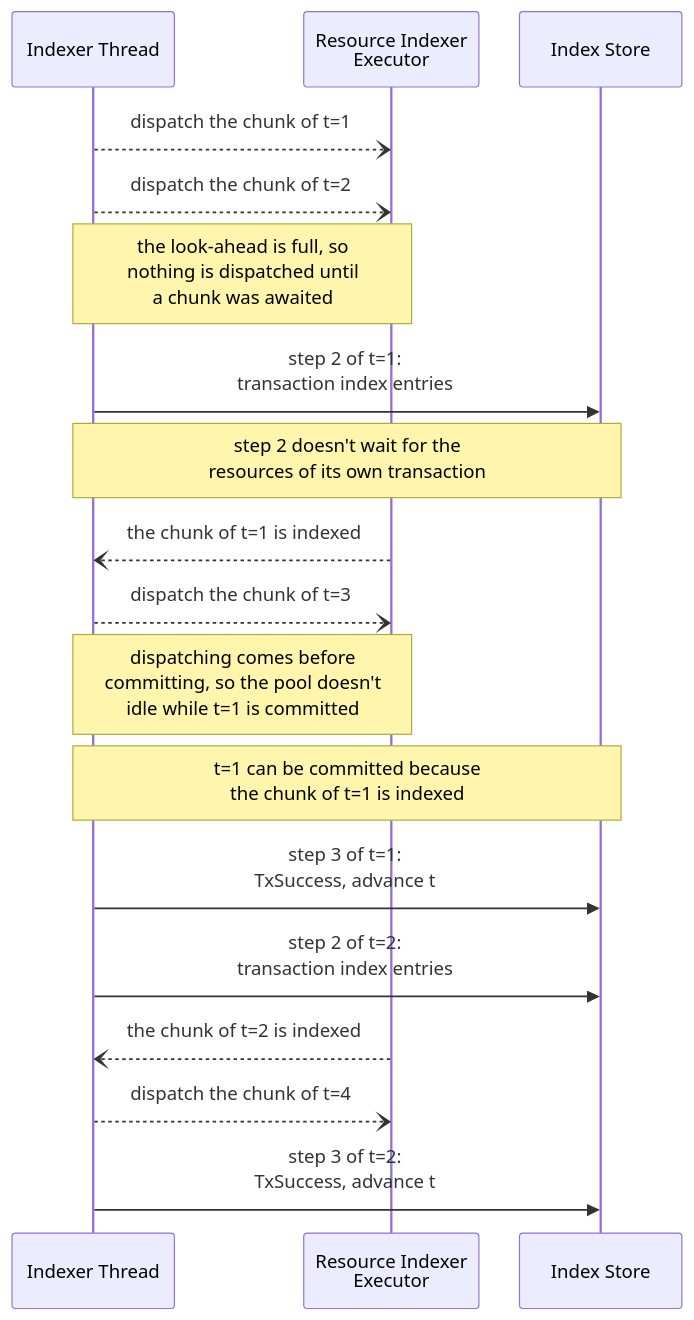
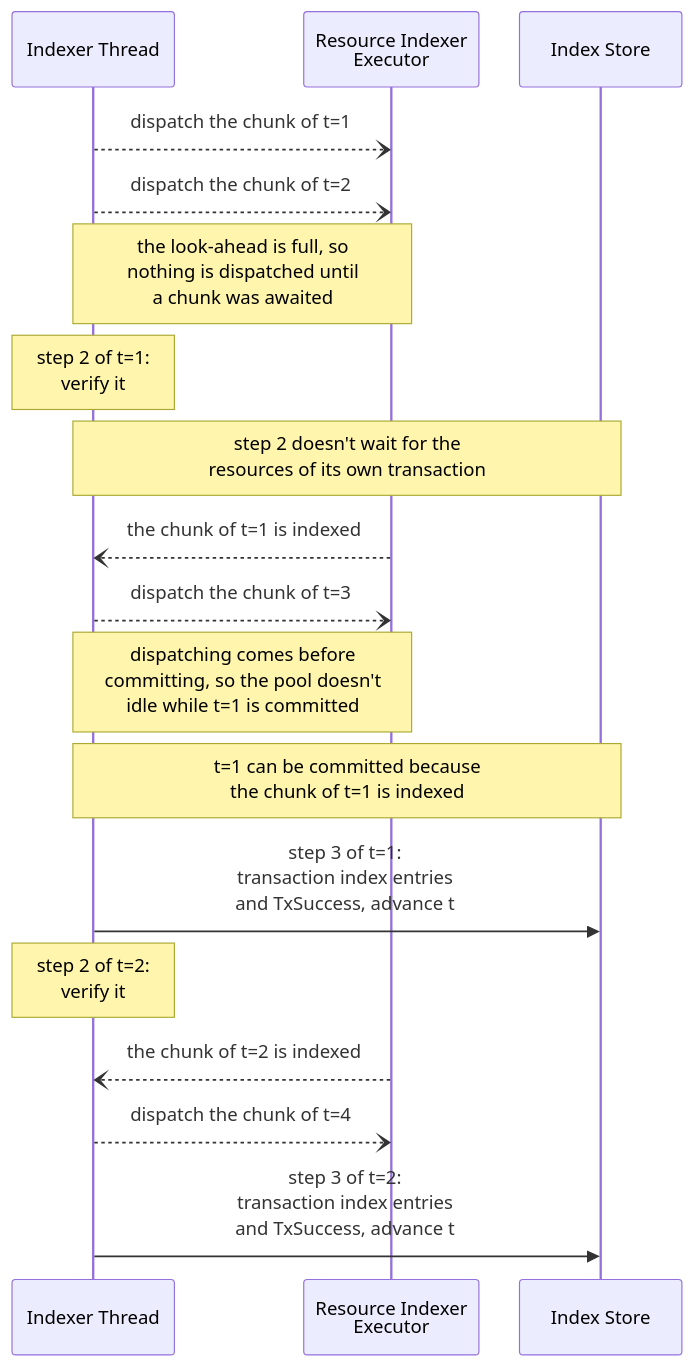
Before and after one commit to samply/blaze: the second of 4 diagrams in docs/implementation/database.md, drawn with Mermaid. The commit also changed other lines of this file and 3 other files, not shown here.

First line of the commit message:
Store Transaction Entries With Its Success Marker

````diff
--- a/docs/implementation/database.md
+++ b/docs/implementation/database.md
@@ -400,30 +400,30 @@
 ```mermaid
 ---
 config:
   sequence:
     width: 140
     actorMargin: 35
 ---
 sequenceDiagram
     participant idx as Indexer Thread
     participant pool as Resource Indexer<br>Executor
     participant kv as Index Store
 
     idx--)pool: dispatch the chunk of t=1
     idx--)pool: dispatch the chunk of t=2
     Note over idx,pool: the look-ahead is full, so<br>nothing is dispatched until<br>a chunk was awaited
 
-    idx->>kv: step 2 of t=1:<br>transaction index entries
+    Note over idx: step 2 of t=1:<br>verify it
     Note over idx,kv: step 2 doesn't wait for the<br>resources of its own transaction
 
     pool--)idx: the chunk of t=1 is indexed
     idx--)pool: dispatch the chunk of t=3
     Note over idx,pool: dispatching comes before<br>committing, so the pool doesn't<br>idle while t=1 is committed
     Note over idx,kv: t=1 can be committed because<br>the chunk of t=1 is indexed
-    idx->>kv: step 3 of t=1:<br>TxSuccess, advance t
+    idx->>kv: step 3 of t=1:<br>transaction index entries<br>and TxSuccess, advance t
 
-    idx->>kv: step 2 of t=2:<br>transaction index entries
+    Note over idx: step 2 of t=2:<br>verify it
     pool--)idx: the chunk of t=2 is indexed
     idx--)pool: dispatch the chunk of t=4
-    idx->>kv: step 3 of t=2:<br>TxSuccess, advance t
+    idx->>kv: step 3 of t=2:<br>transaction index entries<br>and TxSuccess, advance t
 ```
````
